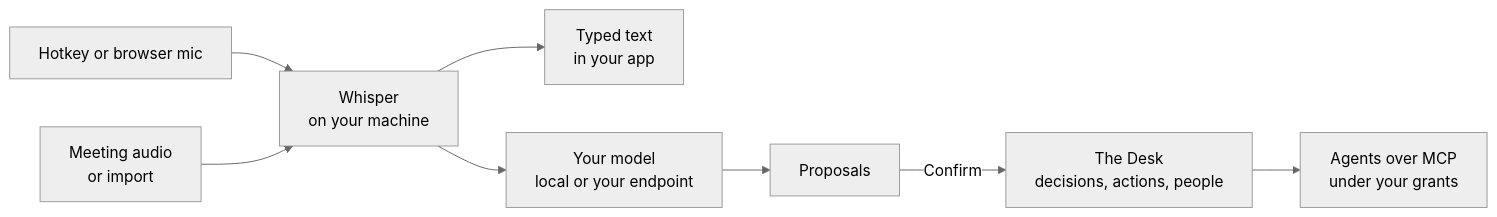
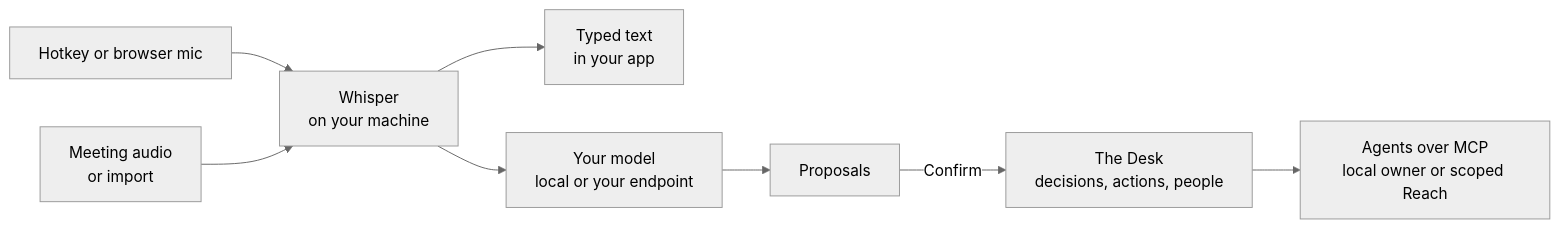
Before and after one commit to karolswdev/HoldSpeak: the diagram in README.md, drawn with Mermaid (neutral theme). The commit also changed other lines of this file, not shown here.

First line of the commit message:
docs(readme): Astra's #889 findings: MCP authority, first-run exit, Auto-record scope, Confirm boundary

````diff
--- a/README.md
+++ b/README.md
@@ -80,10 +80,10 @@
 ```mermaid
 flowchart LR
     K["Hotkey or browser mic"] --> W["Whisper<br/>on your machine"]
     M["Meeting audio<br/>or import"] --> W
     W --> T["Typed text<br/>in your app"]
     W --> L["Your model<br/>local or your endpoint"]
     L --> P["Proposals"]
     P -->|Confirm| D["The Desk<br/>decisions, actions, people"]
-    D --> A["Agents over MCP<br/>under your grants"]
+    D --> A["Agents over MCP<br/>local owner or scoped Reach"]
 ```
````
